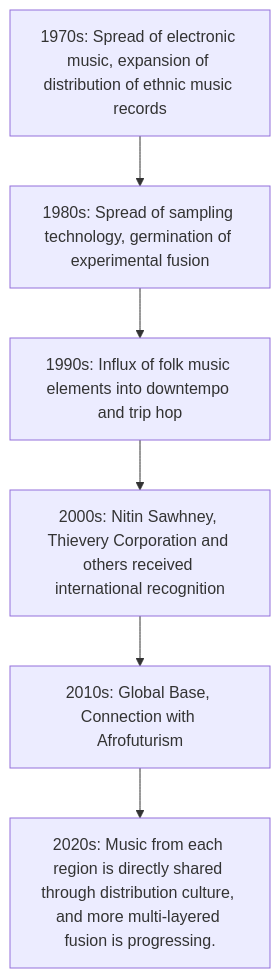
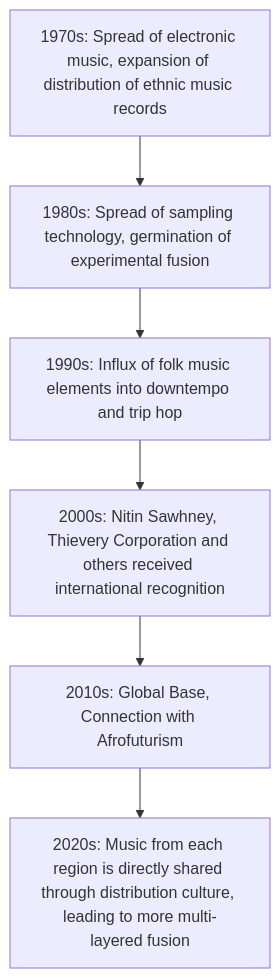
The third of 5 diagrams in en/_posts/2025-12-09-column-electronic-world-fusion.md (monumental-movement/monumental-movement.github.io), drawn with Mermaid before and after one commit. The commit also changed other lines of this file and 1012 other files, not shown here.

```diff
--- a/en/_posts/2025-12-09-column-electronic-world-fusion.md
+++ b/en/_posts/2025-12-09-column-electronic-world-fusion.md
@@ -150,8 +150,8 @@
 <div class="mermaid">
 flowchart TB
     A1970["1970s: Spread of electronic music, expansion of distribution of ethnic music records"] --> A1980["1980s: Spread of sampling technology, germination of experimental fusion"]
     A1980 --> A1990["1990s: Influx of folk music elements into downtempo and trip hop"]
     A1990 --> A2000["2000s: Nitin Sawhney, Thievery Corporation and others received international recognition"]
     A2000 --> A2010["2010s: Global Base, Connection with Afrofuturism"]
-    A2010 --> A2020["2020s: Music from each region is directly shared through distribution culture, and more multi-layered fusion is progressing."]
+    A2010 --> A2020["2020s: Music from each region is directly shared through distribution culture, leading to more multi-layered fusion"]
 </div>
```
